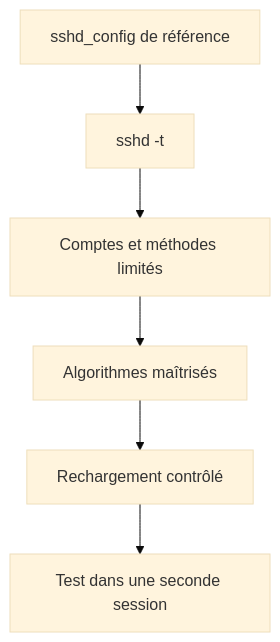
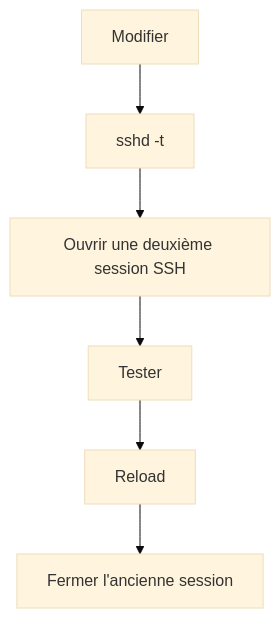
Diagram 13 of 13 in campagne 4/4.4-durcissement-sshd-config.md (tdelaclos/formations), drawn with Mermaid (base theme) before and after one commit. The commit also changed other lines of this file and 7 other files, not shown here.

````diff
--- a/campagne 4/4.4-durcissement-sshd-config.md
+++ b/campagne 4/4.4-durcissement-sshd-config.md
@@ -630,8 +855,14 @@
 ```mermaid
 flowchart TD
-    Config["sshd_config de référence"] --> Validate["sshd -t"]
-    Validate --> Restrict["Comptes et méthodes limités"]
-    Restrict --> Crypto["Algorithmes maîtrisés"]
-    Crypto --> Reload["Rechargement contrôlé"]
-    Reload --> Test["Test dans une seconde session"]
+    N0["Modifier"]
+    N1["sshd -t"]
+    N2["Ouvrir une deuxième session SSH"]
+    N3["Tester"]
+    N4["Reload"]
+    N5["Fermer l'ancienne session"]
+    N0 --> N1
+    N1 --> N2
+    N2 --> N3
+    N3 --> N4
+    N4 --> N5
 ```
````
